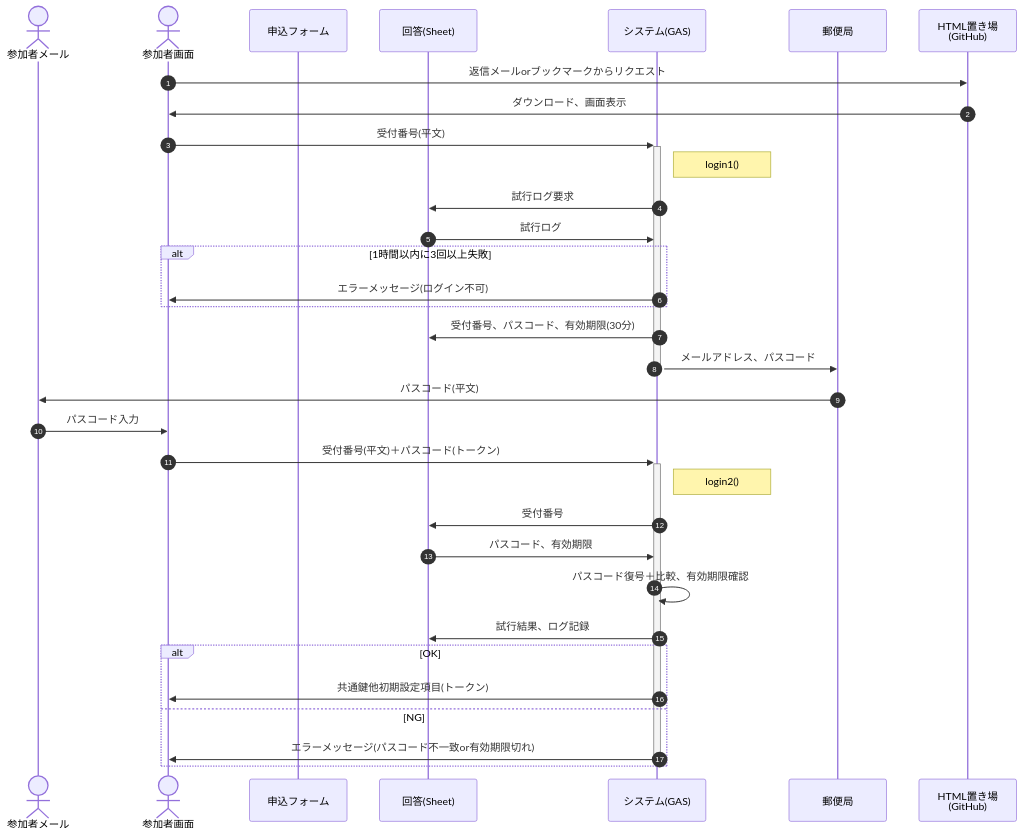
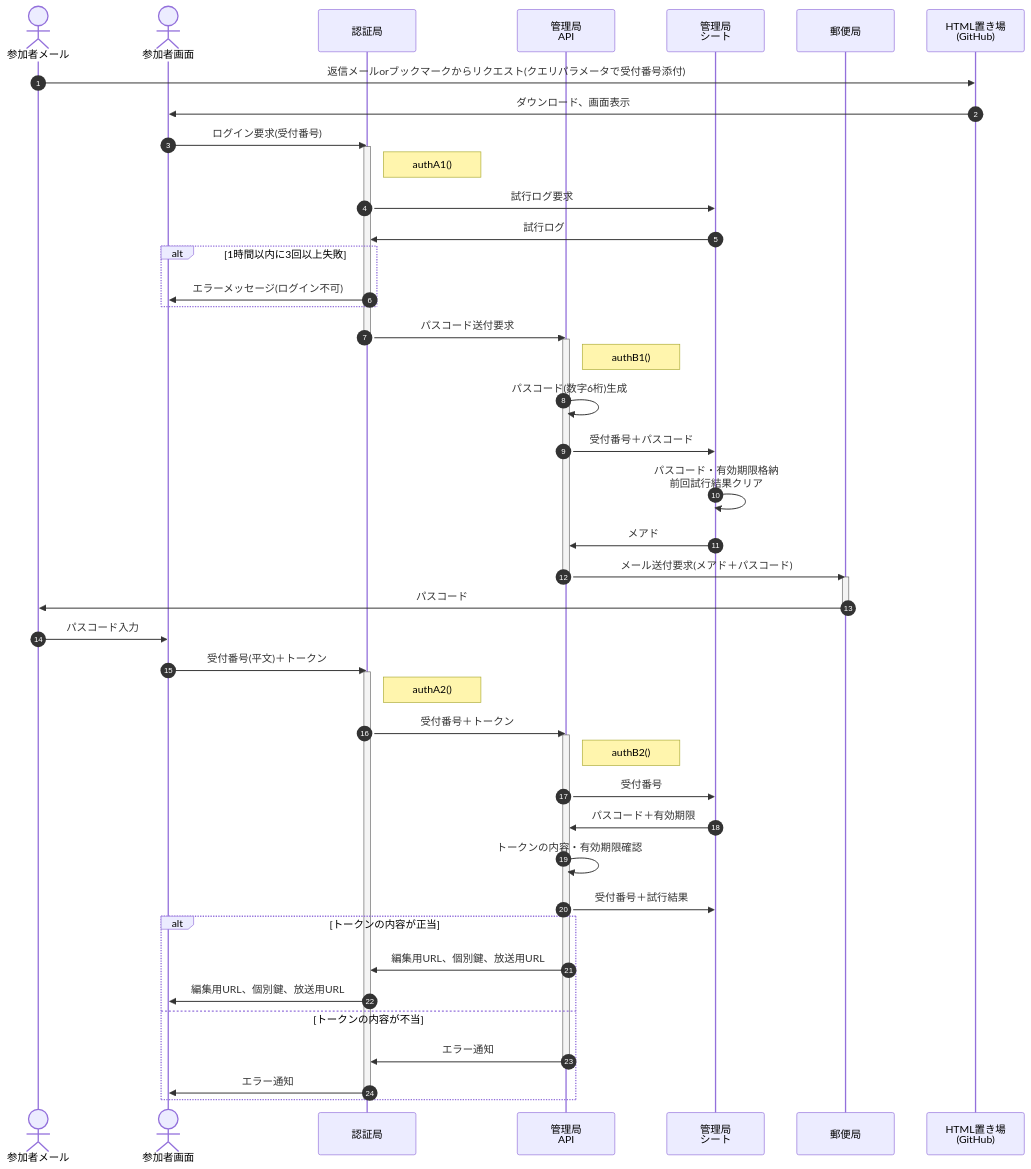
The third of 6 diagrams in README.md (nakaone/EventStaff), drawn with Mermaid before and after one commit.

Commit message:
認証手順を見直し

````diff
--- a/README.md
+++ b/README.md
@@ -146,41 +146,61 @@
 ```mermaid
 
 sequenceDiagram
   autonumber
   actor mail as 参加者メール
   actor html as 参加者画面
-  participant form as 申込フォーム
-  participant answer as 回答(Sheet)
-  participant gas as システム(GAS)
+  participant CA as 認証局
+  %% CA = Certificate Authority (GAS API)
+  participant mApi as 管理局<br>API
+  %% mApi = master API
+  participant mSht as 管理局<br>シート
+  %% mSht = master sheet
   participant post as 郵便局
   participant git as HTML置き場<br>(GitHub)
 
-  html->>git : 返信メールorブックマークからリクエスト
+  mail->>git : 返信メールorブックマークからリクエスト(クエリパラメータで受付番号添付)
   git->>html : ダウンロード、画面表示
 
-  html->>+gas : 受付番号(平文)
-  Note right of gas : login1()
-  gas->>answer : 試行ログ要求
-  answer->>gas : 試行ログ
+  html ->> CA : ログイン要求(受付番号)
+  activate CA
+  Note right of CA : authA1()
+  CA->>mSht : 試行ログ要求
+  mSht->>CA : 試行ログ
   alt 1時間以内に3回以上失敗
-    gas->>html : エラーメッセージ(ログイン不可)
+    CA->>html : エラーメッセージ(ログイン不可)
   end
-  gas->>answer : 受付番号、パスコード、有効期限(30分)
-  gas->>-post : メールアドレス、パスコード
-
-  post->>mail : パスコード(平文)
-  mail->>html : パスコード入力
-
-  html->>+gas : 受付番号(平文)＋パスコード(トークン)
-  Note right of gas : login2()
-  gas->>answer : 受付番号
-  answer->>gas : パスコード、有効期限
-  gas->>gas : パスコード復号＋比較、有効期限確認
-  gas->>answer : 試行結果、ログ記録
-  alt OK
-    gas->>html : 共通鍵他初期設定項目(トークン)
-  else NG
-    gas->>-html : エラーメッセージ(パスコード不一致or有効期限切れ)
+  CA ->> mApi : パスコード送付要求
+  deactivate CA
+  activate mApi
+  Note right of mApi : authB1()
+  mApi ->> mApi : パスコード(数字6桁)生成
+  mApi ->> mSht : 受付番号＋パスコード
+  mSht ->> mSht : パスコード・有効期限格納<br>前回試行結果クリア
+  mSht ->> mApi : メアド
+  mApi ->> post : メール送付要求(メアド＋パスコード)
+  deactivate mApi
+  activate post
+  post ->> mail : パスコード
+  deactivate post
+  mail ->> html : パスコード入力
+  html ->> CA : 受付番号(平文)＋トークン
+  activate CA
+  Note right of CA : authA2()
+  CA ->> mApi : 受付番号＋トークン
+  activate mApi
+  Note right of mApi : authB2()
+  mApi ->> mSht : 受付番号
+  mSht ->> mApi : パスコード＋有効期限
+  mApi ->> mApi : トークンの内容・有効期限確認
+  mApi ->> mSht : 受付番号＋試行結果
+  alt トークンの内容が正当
+    mApi ->> CA : 編集用URL、個別鍵、放送用URL
+    CA ->> html : 編集用URL、個別鍵、放送用URL
+  else トークンの内容が不当
+    mApi ->> CA : エラー通知
+    deactivate mApi
+    CA ->> html : エラー通知
   end
+  deactivate CA
 
 ```
````
